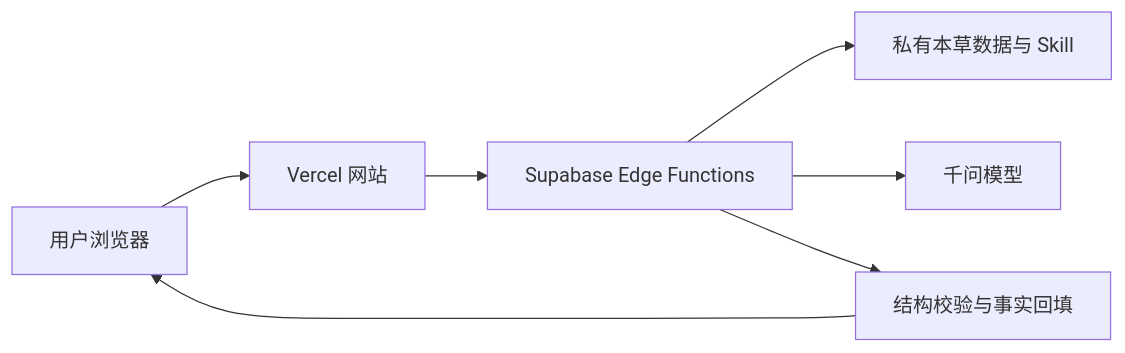
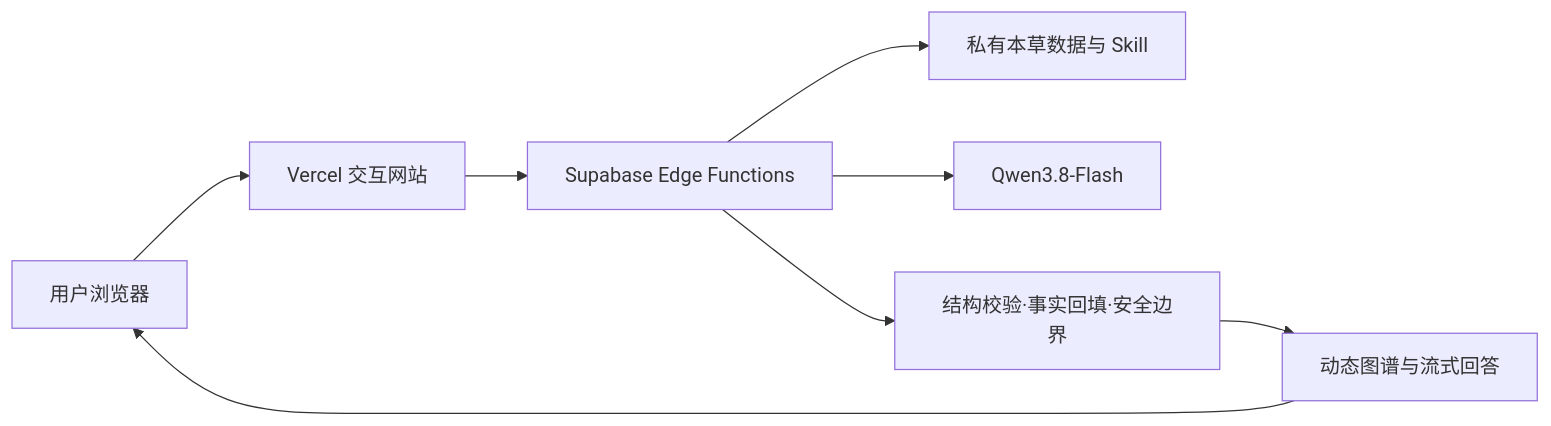
One commit to SweetCakesydw/bencao-ai-atlas-open changed the diagram in README.md. Above: the diagram before and after it, drawn with Mermaid. The commit also changed other lines of this file, not shown here.

````diff
--- a/README.md
+++ b/README.md
@@ -22,9 +70,10 @@
 ```mermaid
 flowchart LR
-    U[用户浏览器] --> W[Vercel 网站]
+    U[用户浏览器] --> W[Vercel 交互网站]
     W --> E[Supabase Edge Functions]
     E --> D[私有本草数据与 Skill]
-    E --> Q[千问模型]
-    E --> V[结构校验与事实回填]
-    V --> U
+    E --> Q[Qwen3.8-Flash]
+    E --> V[结构校验·事实回填·安全边界]
+    V --> G[动态图谱与流式回答]
+    G --> U
 ```
````
